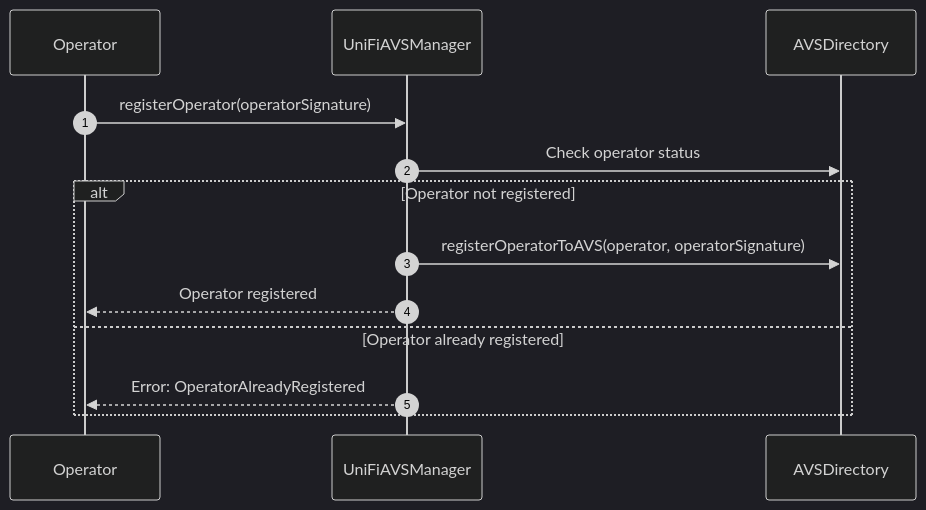
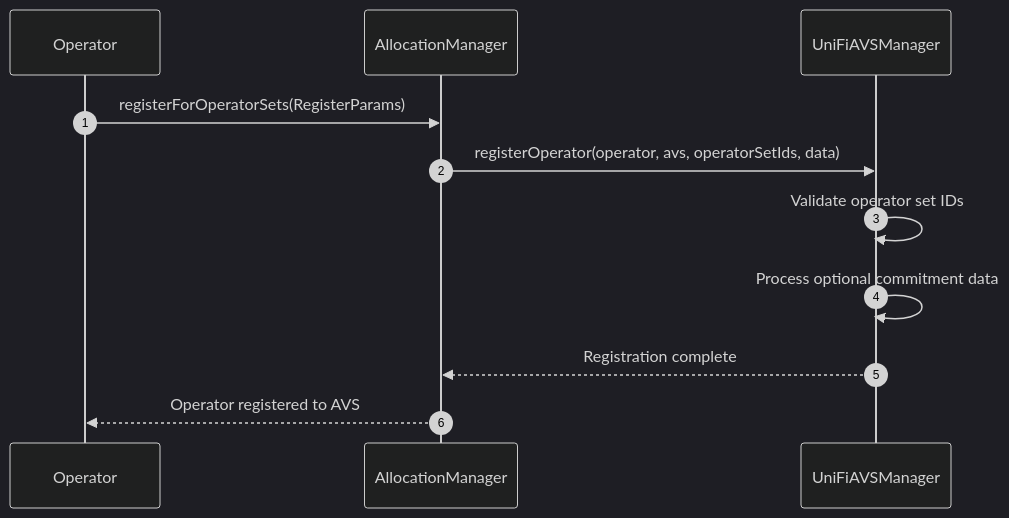
Before and after one commit to PufferFinance/Puffer-Preconf: the first of 5 diagrams in avs-manager/docs/registration.md, drawn with Mermaid (dark theme). The commit also changed other lines of this file, not shown here.

````diff
--- a/avs-manager/docs/registration.md
+++ b/avs-manager/docs/registration.md
@@ -4,16 +4,14 @@
 ```mermaid
 sequenceDiagram
     autonumber
     participant Operator
+    participant AllocationManager
     participant UniFiAVSManager
-    participant AVSDirectory
 
-    Operator->>UniFiAVSManager: registerOperator(operatorSignature)
-    UniFiAVSManager->>AVSDirectory: Check operator status
-    alt Operator not registered
-        UniFiAVSManager->>AVSDirectory: registerOperatorToAVS(operator, operatorSignature)
-        UniFiAVSManager-->>Operator: Operator registered
-    else Operator already registered
-        UniFiAVSManager-->>Operator: Error: OperatorAlreadyRegistered
-    end
+    Operator->>AllocationManager: registerForOperatorSets(RegisterParams)
+    AllocationManager->>UniFiAVSManager: registerOperator(operator, avs, operatorSetIds, data)
+    UniFiAVSManager->>UniFiAVSManager: Validate operator set IDs
+    UniFiAVSManager->>UniFiAVSManager: Process optional commitment data
+    UniFiAVSManager-->>AllocationManager: Registration complete
+    AllocationManager-->>Operator: Operator registered to AVS
 ```
````
